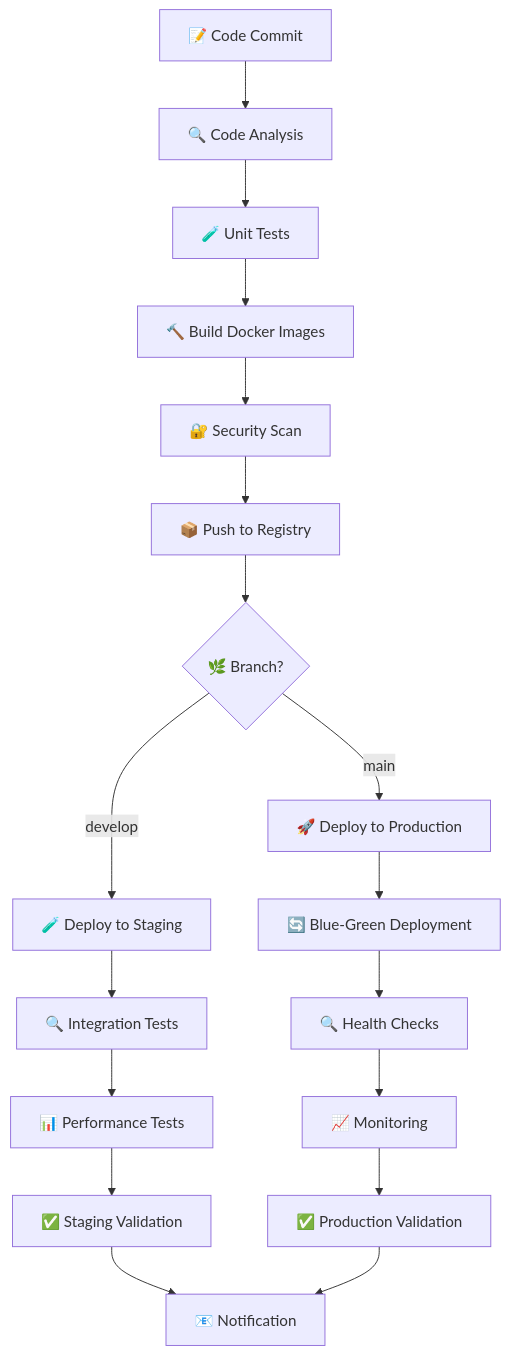
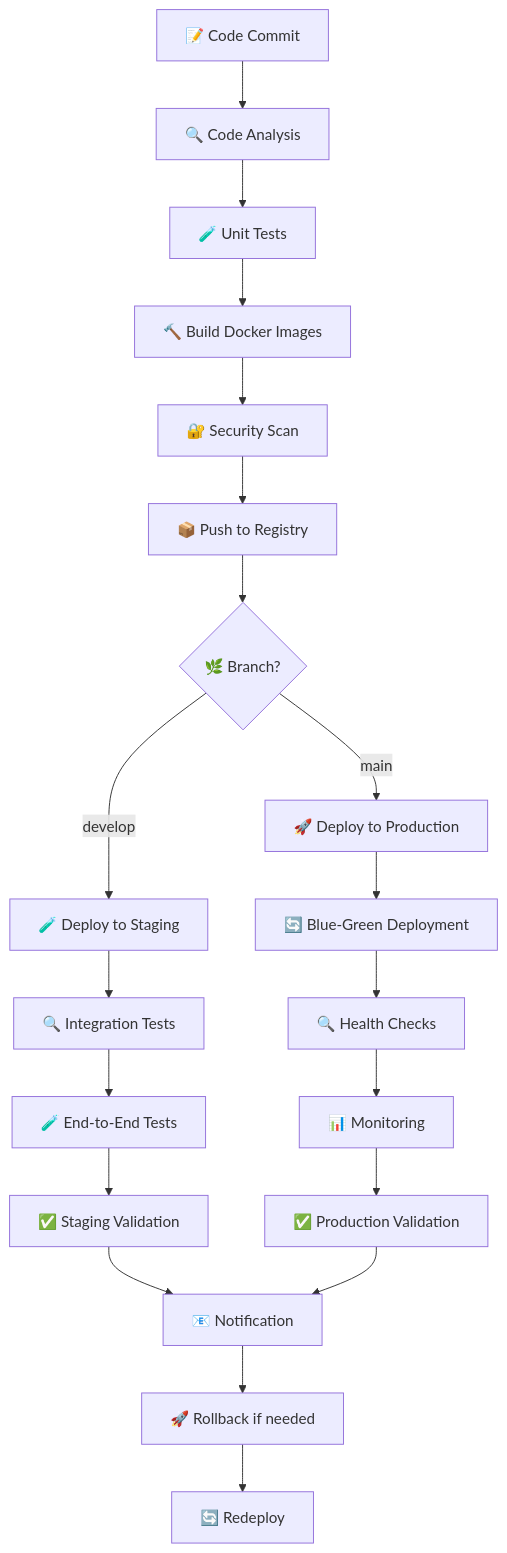
Before and after one commit to neKamita/Mirza-Telegram-Shop-Bot: the fifth of 12 diagrams in docs/DEPLOYMENT.md, drawn with Mermaid. The commit also changed other lines of this file and 7 other files, not shown here.

````diff
--- a/docs/DEPLOYMENT.md
+++ b/docs/DEPLOYMENT.md
@@ -132,25 +447,27 @@
 ```mermaid
 flowchart TD
     A[📝 Code Commit] --> B[🔍 Code Analysis]
     B --> C[🧪 Unit Tests]
     C --> D[🔨 Build Docker Images]
     D --> E[🔐 Security Scan]
     E --> F[📦 Push to Registry]
-    
+
     F --> G{🌿 Branch?}
     G -->|develop| H[🧪 Deploy to Staging]
     G -->|main| I[🚀 Deploy to Production]
-    
+
     H --> J[🔍 Integration Tests]
-    J --> K[📊 Performance Tests]
+    J --> K[🧪 End-to-End Tests]
     K --> L[✅ Staging Validation]
-    
+
     I --> M[🔄 Blue-Green Deployment]
     M --> N[🔍 Health Checks]
-    N --> O[📈 Monitoring]
+    N --> O[📊 Monitoring]
     O --> P[✅ Production Validation]
-    
+
     L --> Q[📧 Notification]
     P --> Q
-    
+
+    Q --> R[🚀 Rollback if needed]
+    R --> S[🔄 Redeploy]
 ```
````
